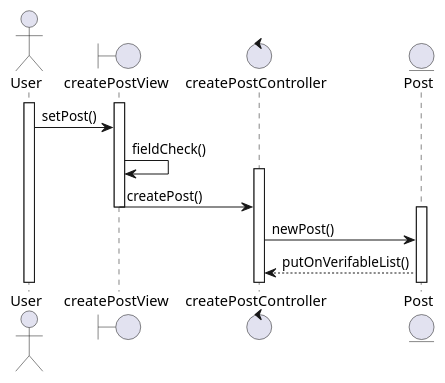
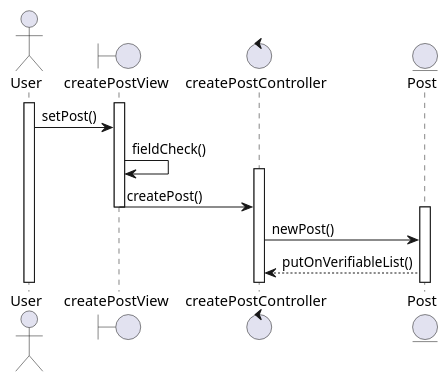
The diagram in docs/scenariosView/sequenceDiagramUC-CreatePost.puml (Dayannis-07/ING_SOFT), drawn with PlantUML before and after one commit. The commit also changed 1 other file, not shown here.

```diff
--- a/docs/scenariosView/sequenceDiagramUC-CreatePost.puml
+++ b/docs/scenariosView/sequenceDiagramUC-CreatePost.puml
@@ -1,16 +1,16 @@
 @startuml "Sequence Diagram UC Create Post"
 actor User
 boundary createPostView
 control createPostController
 entity Post
 activate User
 activate createPostView
 User->createPostView: setPost()
 createPostView->createPostView:fieldCheck()
 activate createPostController
 createPostView->createPostController:createPost()
 deactivate createPostView
 activate Post
 createPostController->Post: newPost()
-Post-->createPostController:putOnVerifableList()
+Post-->createPostController:putOnVerifiableList()
 @enduml
```
